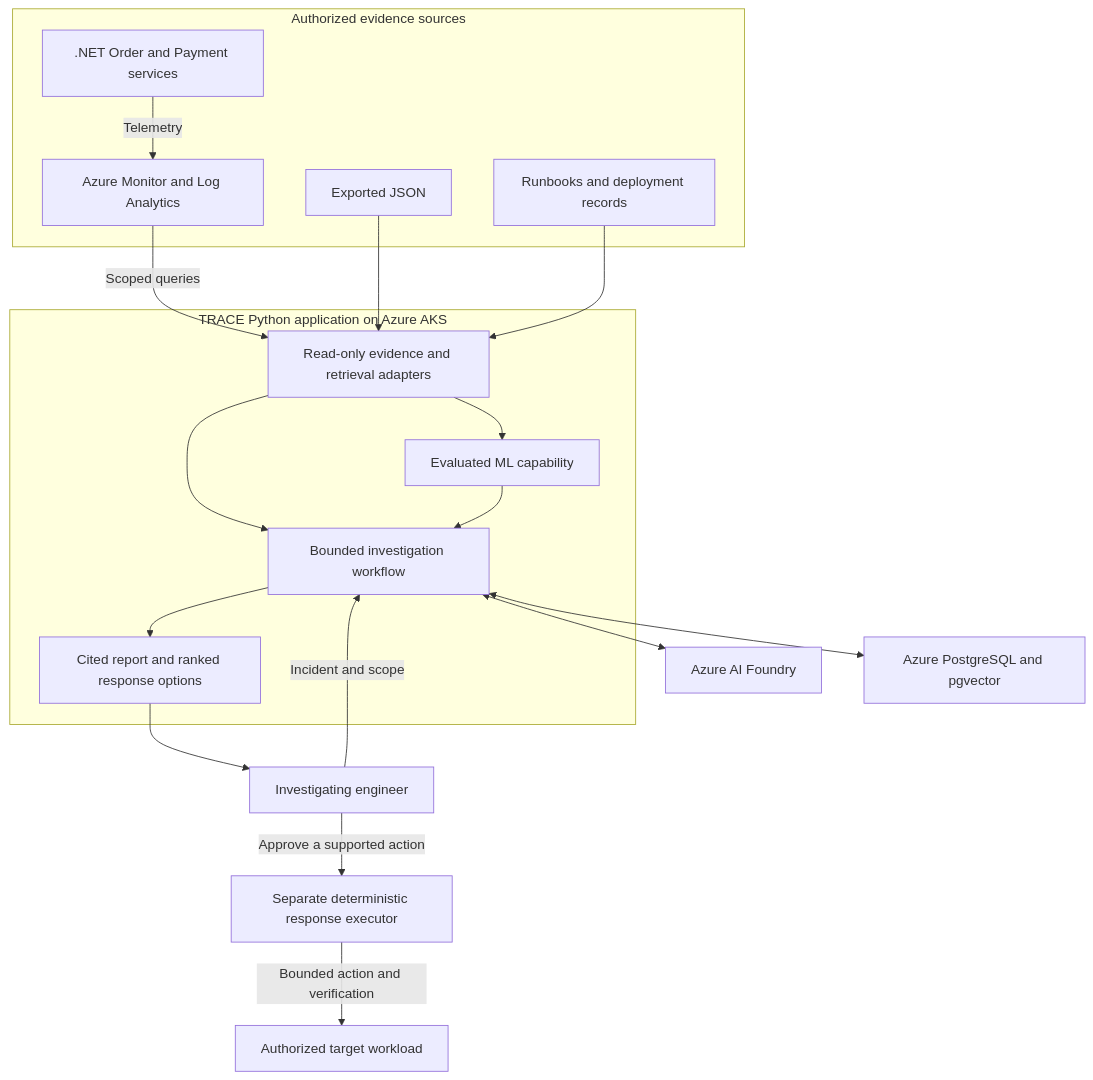
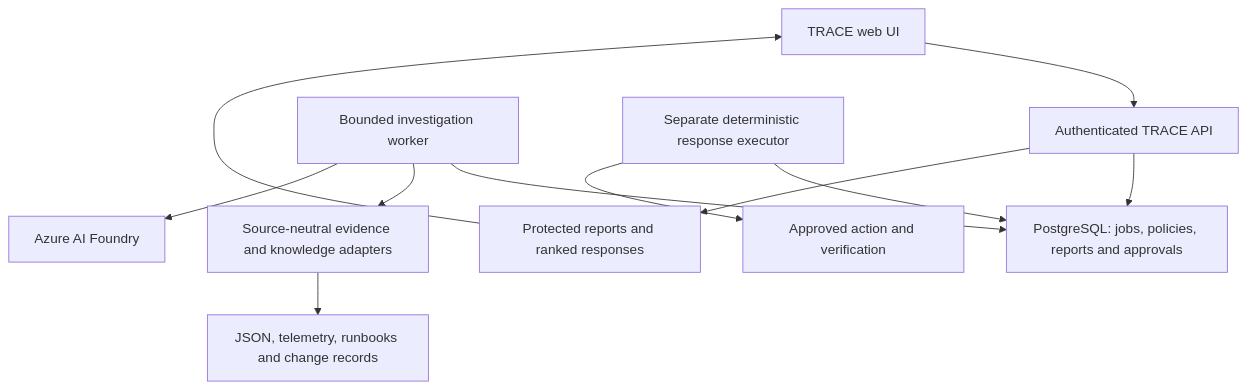
One commit to krispykrits/TRACE changed the diagram in README.md. Above: the diagram before and after it, drawn with Mermaid. The commit also changed other lines of this file, not shown here.

Commit message:
docs: align README.md with end-state roadmap

````diff
--- a/README.md
+++ b/README.md
@@ -11,36 +13,13 @@
 ```mermaid
 flowchart TD
-    subgraph Sources["Authorized evidence sources"]
-        Services[".NET Order and Payment services"]
-        Logs["Azure Monitor and Log Analytics"]
-        JSON["Exported JSON"]
-        Knowledge["Runbooks and deployment records"]
-
-        Services -->|Telemetry| Logs
-    end
-
-    subgraph App["TRACE Python application on Azure AKS"]
-        Adapters["Read-only evidence and retrieval adapters"]
-        ML["Evaluated ML capability"]
-        Investigation["Bounded investigation workflow"]
-        Results["Cited report and ranked response options"]
-
-        Adapters --> Investigation
-        Adapters --> ML
-        ML --> Investigation
-        Investigation --> Results
-    end
-
-    Logs -->|Scoped queries| Adapters
-    JSON --> Adapters
-    Knowledge --> Adapters
-
-    Investigation <--> Foundry["Azure AI Foundry"]
-    Investigation <--> State["Azure PostgreSQL and pgvector"]
-
-    Engineer["Investigating engineer"] -->|Incident and scope| Investigation
-    Results --> Engineer
-
-    Engineer -->|Approve a supported action| Executor["Separate deterministic response executor"]
-    Executor -->|Bounded action and verification| Target["Authorized target workload"]
+    UI["TRACE web UI"] --> API["Authenticated TRACE API"]
+    API --> State["PostgreSQL: jobs, policies, reports and approvals"]
+    Worker["Bounded investigation worker"] --> State
+    Worker --> Adapters["Source-neutral evidence and knowledge adapters"]
+    Adapters --> Sources["JSON, telemetry, runbooks and change records"]
+    Worker --> Model["Azure AI Foundry"]
+    API --> Reports["Protected reports and ranked responses"]
+    Reports --> UI
+    Executor["Separate deterministic response executor"] --> State
+    Executor --> Target["Approved action and verification"]
 ```
````
